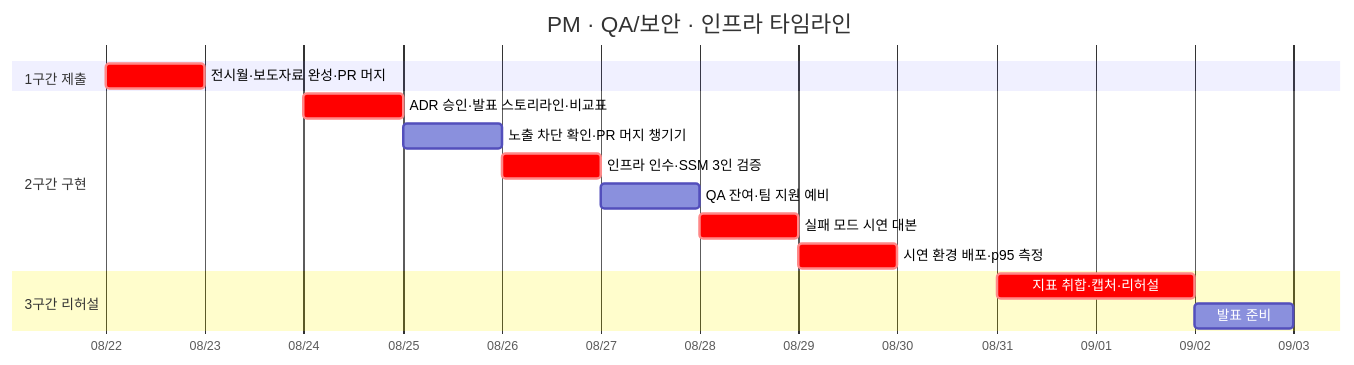
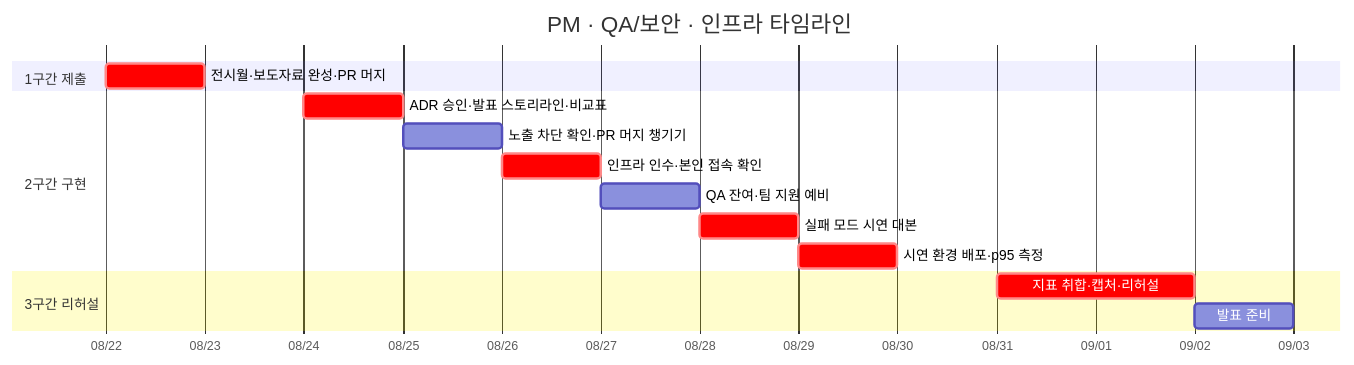
The diagram in docs/역할_일정/01-기획총괄.md (team-savers/savers-project), drawn with Mermaid before and after one commit. The commit also changed other lines of this file and 5 other files, not shown here.

````diff
--- a/docs/역할_일정/01-기획총괄.md
+++ b/docs/역할_일정/01-기획총괄.md
@@ -20,18 +20,18 @@
 ```mermaid
 gantt
     title PM · QA/보안 · 인프라 타임라인
     dateFormat YYYY-MM-DD
     axisFormat %m/%d
     section 1구간 제출
     전시월·보도자료 완성·PR 머지   :crit, 2026-08-22, 1d
     section 2구간 구현
     ADR 승인·발표 스토리라인·비교표 :crit, 2026-08-24, 1d
     노출 차단 확인·PR 머지 챙기기  :2026-08-25, 1d
-    인프라 인수·SSM 3인 검증      :crit, 2026-08-26, 1d
+    인프라 인수·본인 접속 확인     :crit, 2026-08-26, 1d
     QA 잔여·팀 지원 예비          :2026-08-27, 1d
     실패 모드 시연 대본           :crit, 2026-08-28, 1d
     시연 환경 배포·p95 측정       :crit, 2026-08-29, 1d
     section 3구간 리허설
     지표 취합·캡처·리허설         :crit, 2026-08-31, 2d
     발표 준비                    :2026-09-02, 1d
 ```
````
